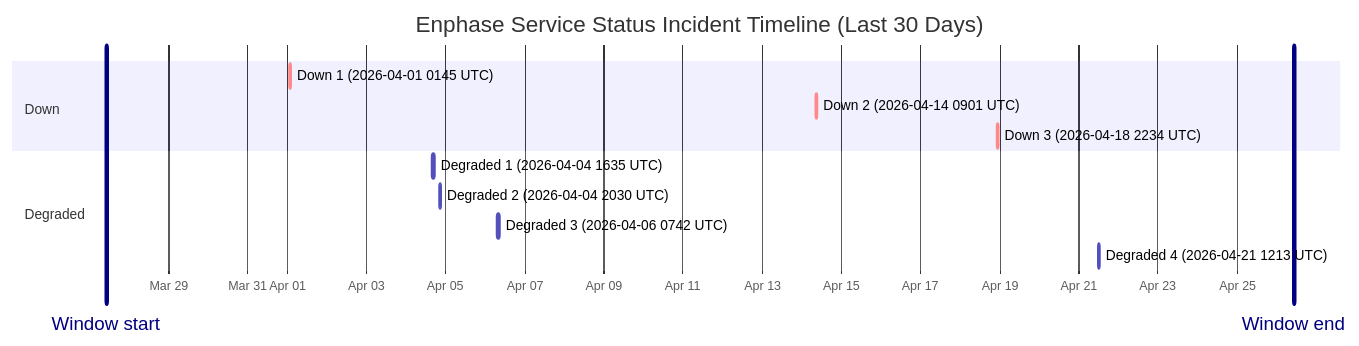
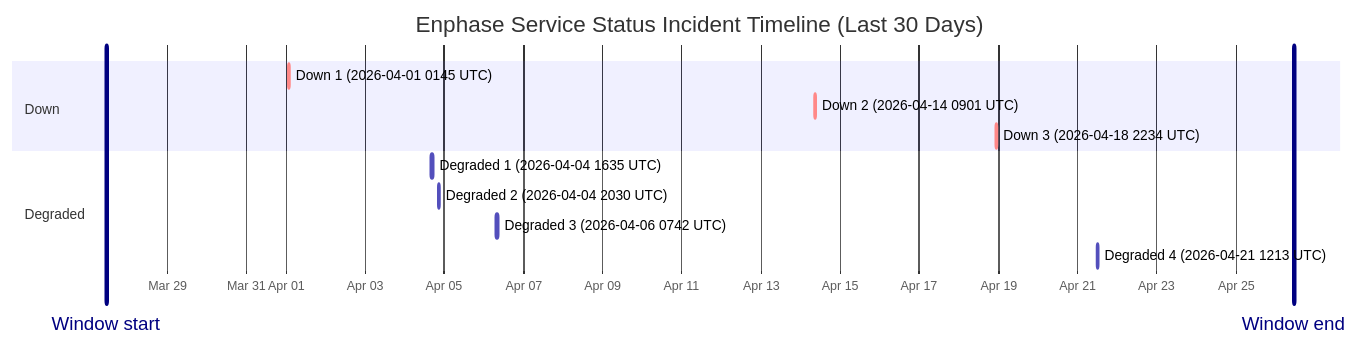
Before and after one commit to barneyonline/ha-enphase-ev-charger: the diagram in wiki/Service-Status-History.md, drawn with Mermaid. The commit also changed other lines of this file and 3 other files, not shown here.

````diff
--- a/wiki/Service-Status-History.md
+++ b/wiki/Service-Status-History.md
@@ -14,17 +14,17 @@
 ```mermaid
 gantt
     title Enphase Service Status Incident Timeline (Last 30 Days)
     dateFormat  YYYY-MM-DDTHH:mm:ss
     axisFormat  %b %d
-    Window start :vert, window-start, 2026-03-27T10:25:36, 0ms
-    Window end :vert, window-end, 2026-04-26T10:25:36, 0ms
+    Window start :vert, window-start, 2026-03-27T11:10:51, 0ms
+    Window end :vert, window-end, 2026-04-26T11:10:51, 0ms
     section Down
     Down 1 (2026-04-01 0145 UTC) :crit, down-1, 2026-04-01T01:45:09, 60m
     Down 2 (2026-04-14 0901 UTC) :crit, down-2, 2026-04-14T09:01:13, 60m
     Down 3 (2026-04-18 2234 UTC) :crit, down-3, 2026-04-18T22:34:13, 60m
     section Degraded
     Degraded 1 (2026-04-04 1635 UTC) :active, degraded-1, 2026-04-04T16:35:17, 60m
     Degraded 2 (2026-04-04 2030 UTC) :active, degraded-2, 2026-04-04T20:30:40, 60m
     Degraded 3 (2026-04-06 0742 UTC) :active, degraded-3, 2026-04-06T07:42:09, 85m
     Degraded 4 (2026-04-21 1213 UTC) :active, degraded-4, 2026-04-21T12:13:11, 60m
 ```
````
